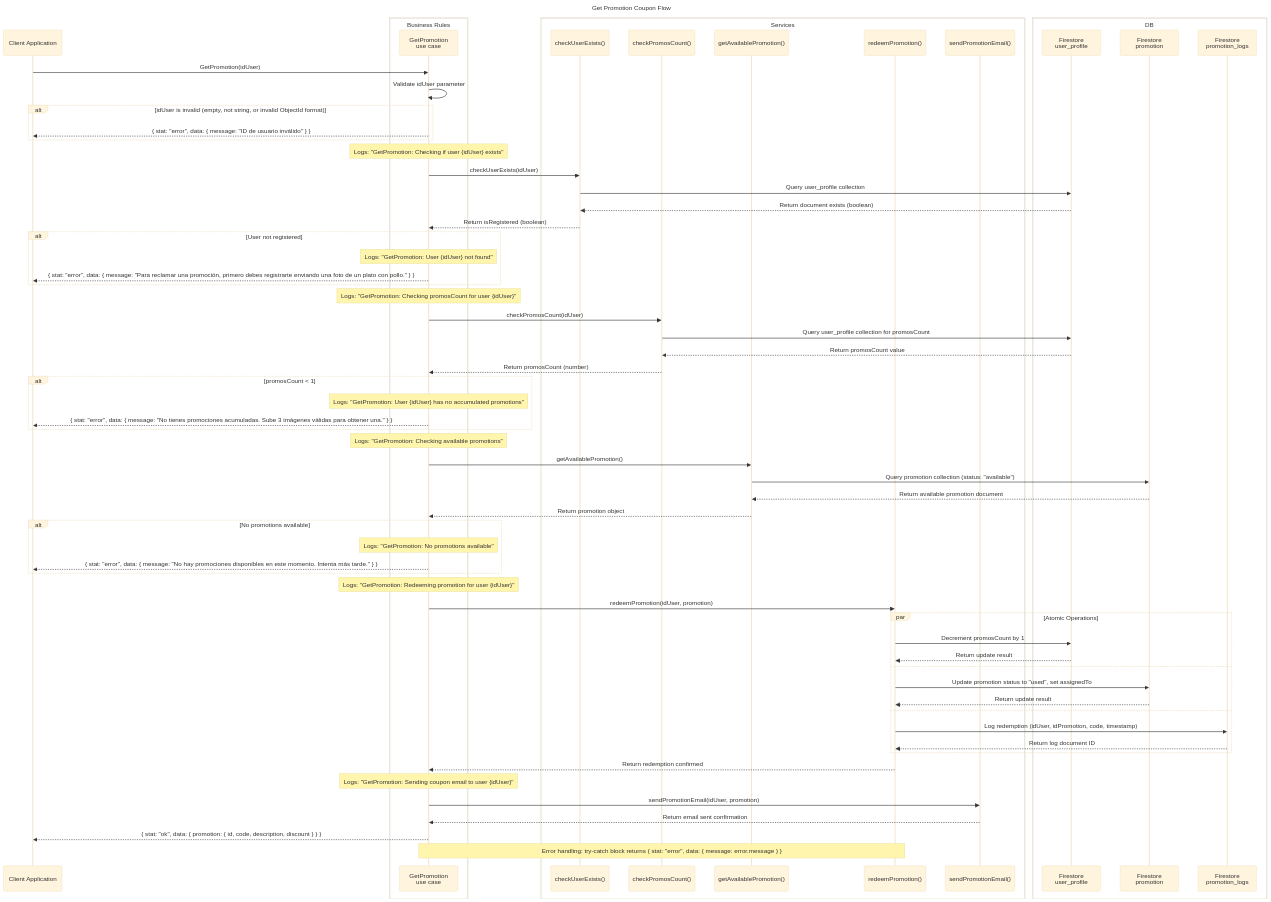
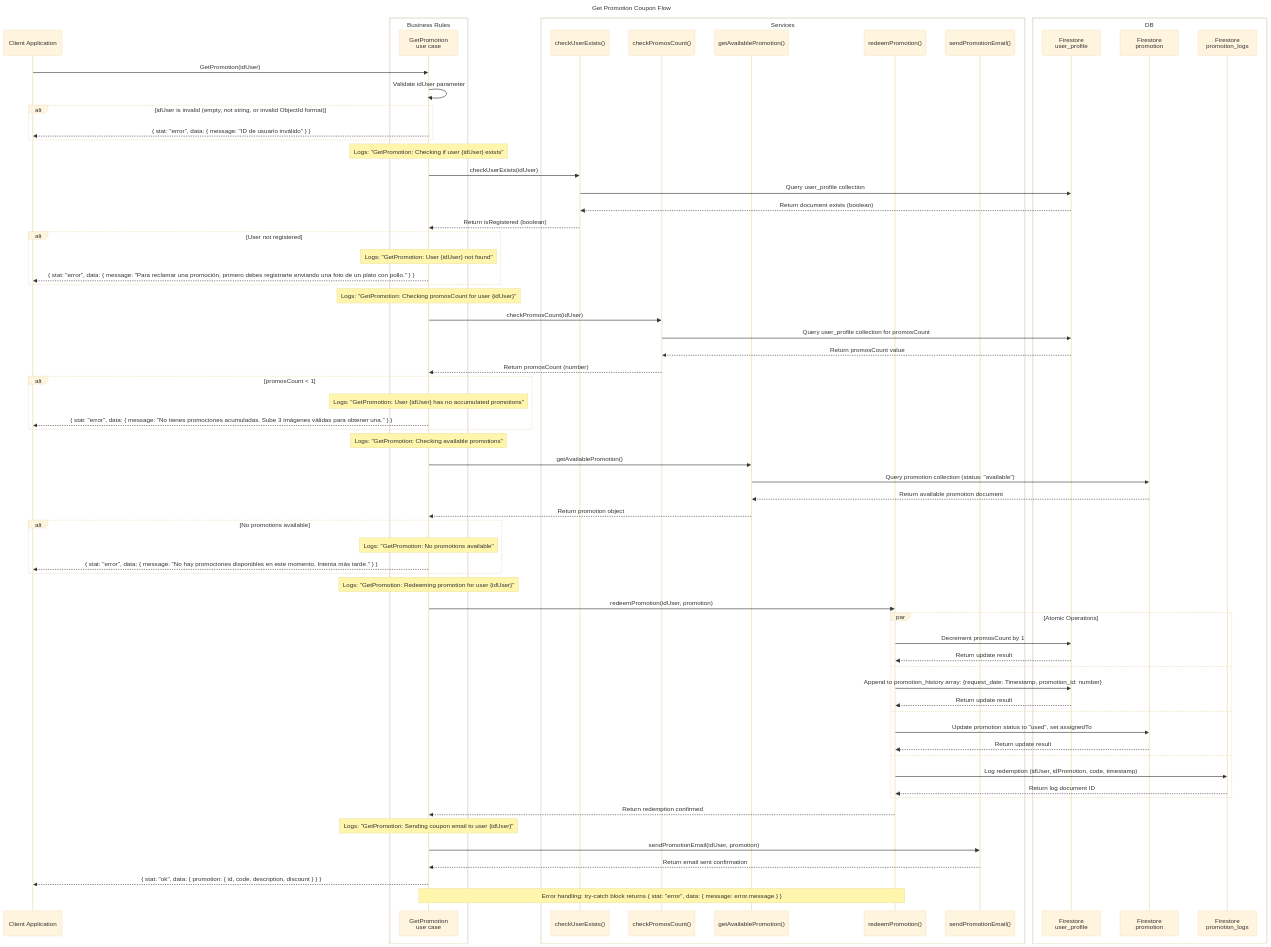
One commit to salvadorsanchezvmas/PasionpTodos changed the diagram in DOCS/diagrams/get-promotion-sequence.md. Above: the diagram before and after it, drawn with Mermaid (base theme). The commit also changed 1 other file, not shown here.

```diff
--- a/DOCS/diagrams/get-promotion-sequence.md
+++ b/DOCS/diagrams/get-promotion-sequence.md
@@ -74,6 +74,9 @@
         Redeem->>UP: Decrement promosCount by 1
         UP-->>Redeem: Return update result
     and
+        Redeem->>UP: Append to promotion_history array: {request_date: Timestamp, promotion_id: number}
+        UP-->>Redeem: Return update result
+    and
         Redeem->>Promo: Update promotion status to "used", set assignedTo
         Promo-->>Redeem: Return update result
     and
```
